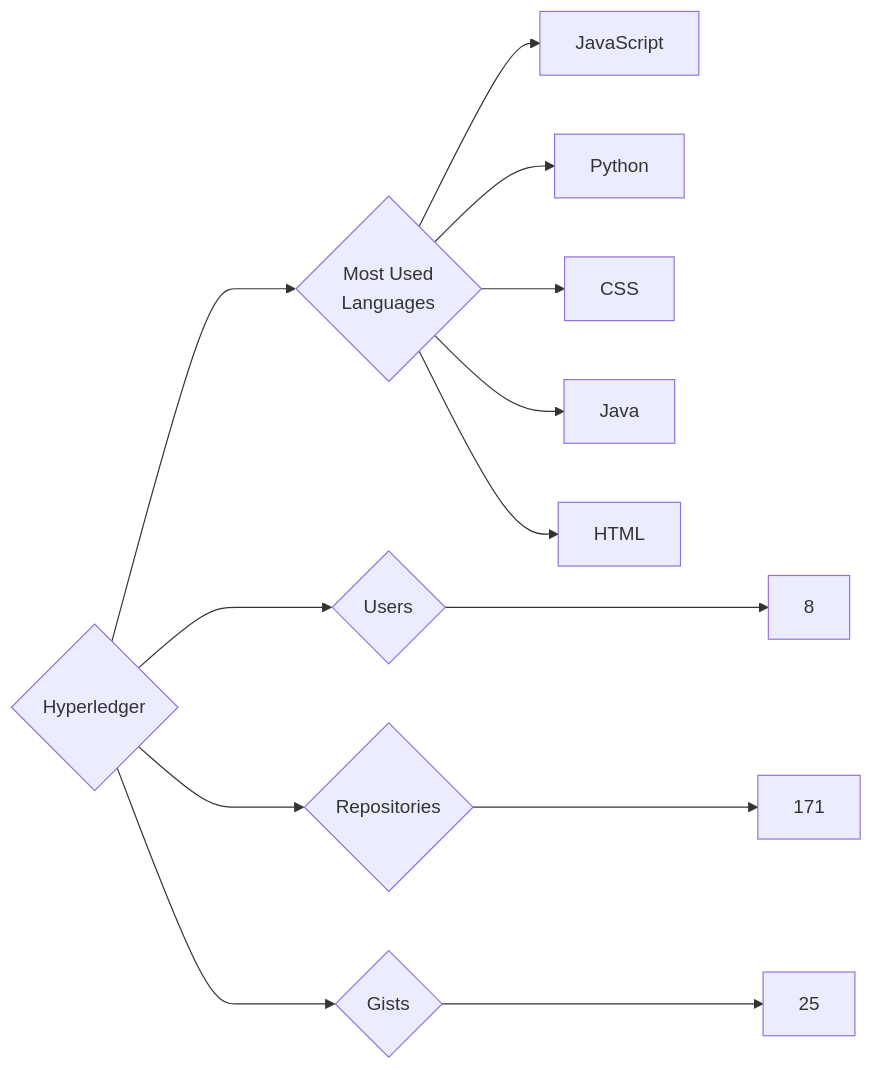
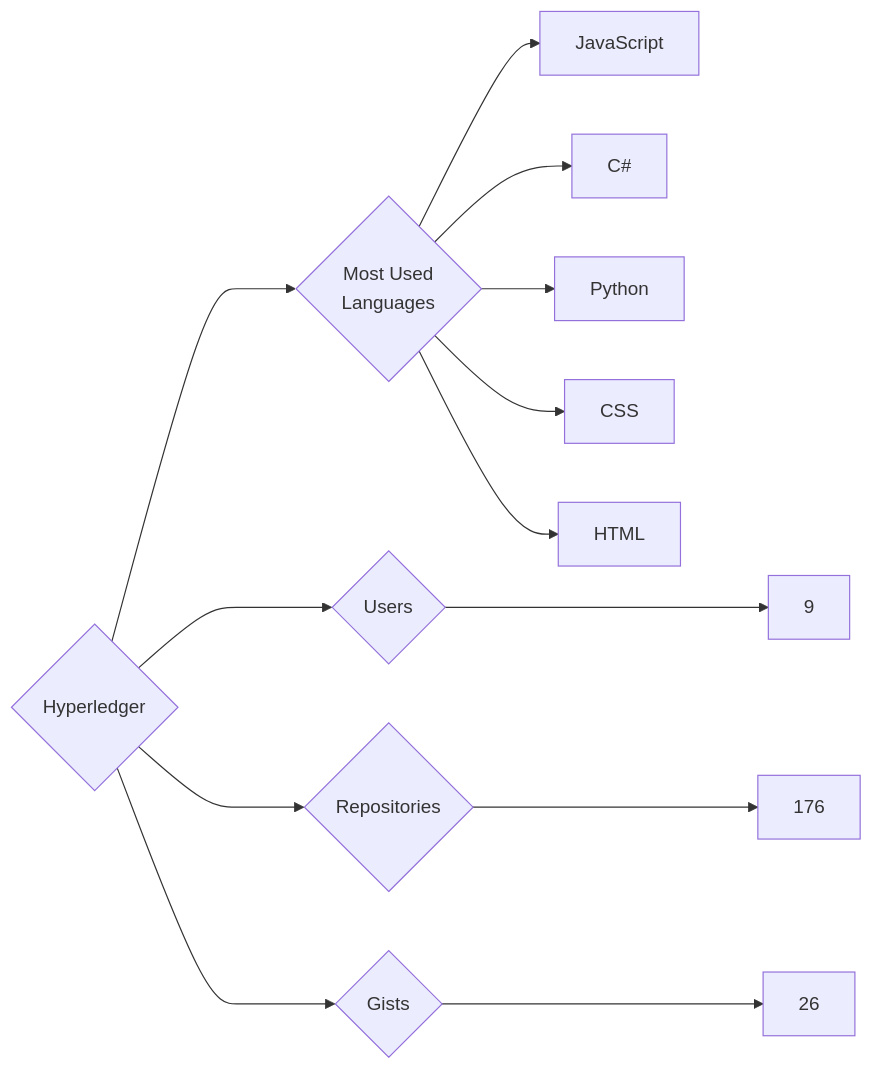
Before and after one commit to trickest/insiders: the diagram in targets/Hyperledger/README.md, drawn with Mermaid. The commit also changed 1175 other files, not shown here.

````diff
--- a/targets/Hyperledger/README.md
+++ b/targets/Hyperledger/README.md
@@ -3,13 +3,13 @@
 ```mermaid
 graph LR
 COMPANY_NAME{Hyperledger}
-COMPANY_NAME ---> U{Users} ---> UN[8]
-COMPANY_NAME ---> R{Repositories} ---> RN[171]
-COMPANY_NAME ---> G{Gists} ---> GN[25]
+COMPANY_NAME ---> U{Users} ---> UN[9]
+COMPANY_NAME ---> R{Repositories} ---> RN[176]
+COMPANY_NAME ---> G{Gists} ---> GN[26]
 COMPANY_NAME ---> ML{Most Used<br>Languages}
 ML --> JavaScript[JavaScript]
+ML --> C#[C#]
 ML --> Python[Python]
 ML --> CSS[CSS]
-ML --> Java[Java]
 ML --> HTML[HTML]
 ```
````
